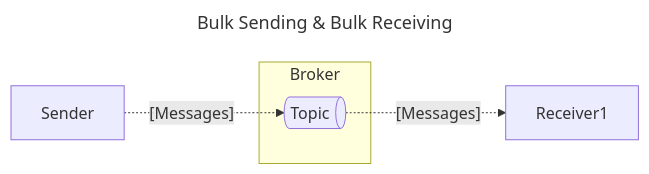
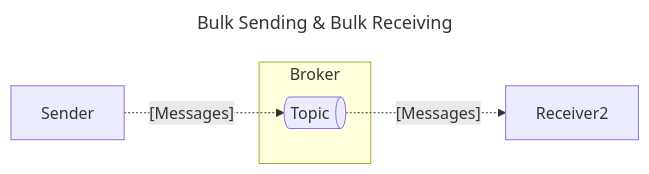
The second of 2 diagrams in .demo/slides/04-advanced/bulk-diagrams.md (diagrid-labs/dapr-pub-sub-deep-dive), drawn with Mermaid before and after one commit. The commit also changed 5 other files, not shown here.

````diff
--- a/.demo/slides/04-advanced/bulk-diagrams.md
+++ b/.demo/slides/04-advanced/bulk-diagrams.md
@@ -26,15 +26,15 @@
 ```mermaid
 ---
 title: Bulk Sending & Bulk Receiving
 config:
   theme: light
 ---
 graph LR
     S[Sender]
     subgraph Broker
         T@{ shape: das, label: "Topic" }
     end
-    R[Receiver1]
+    R[Receiver2]
     S -.->|"[Messages]"| T
     T -.->|"[Messages]"| R
 ```
````
